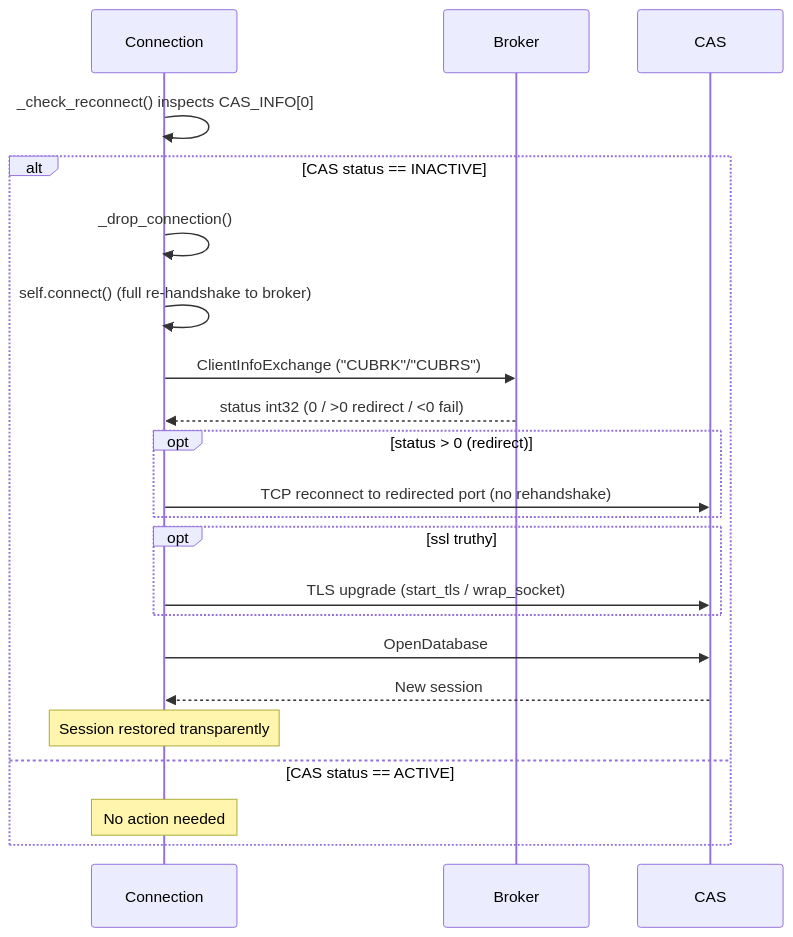
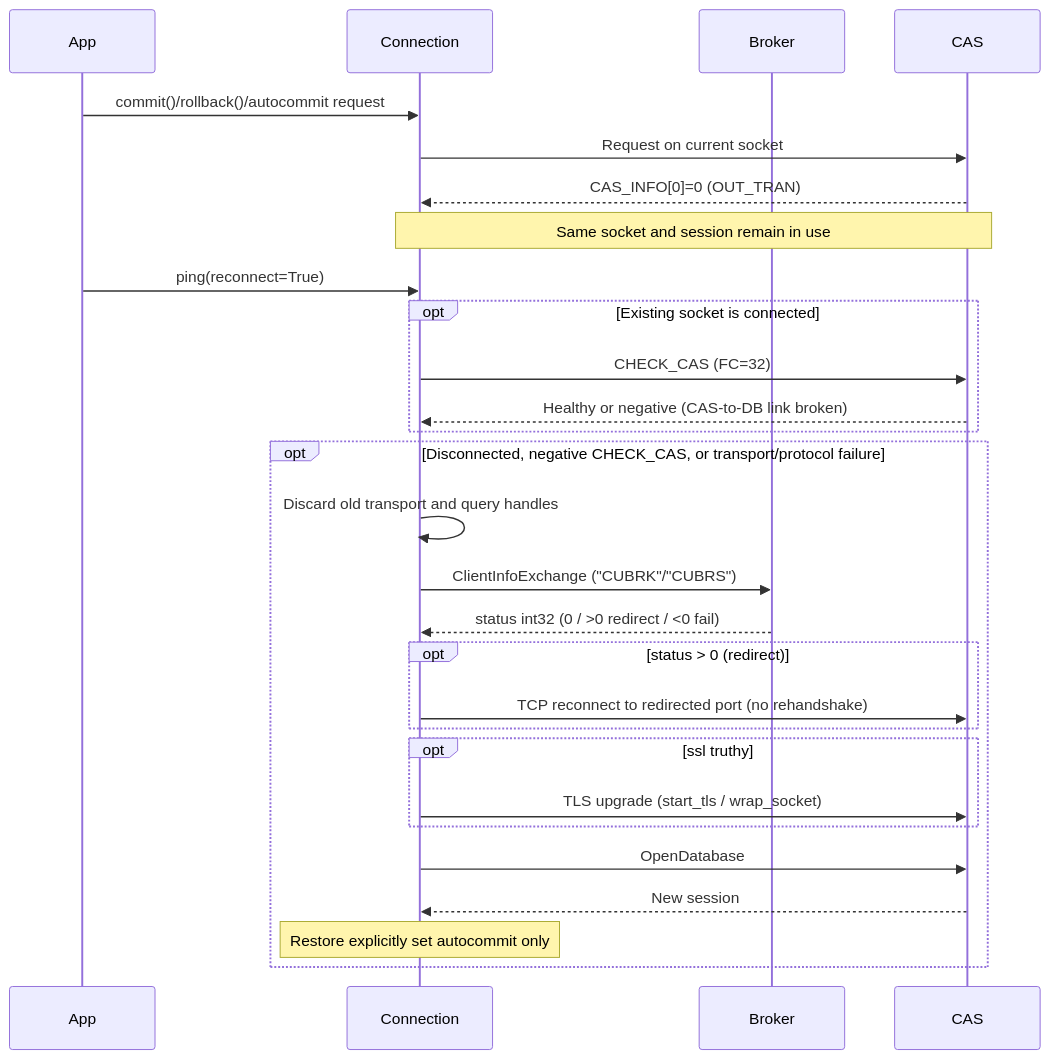
The third of 5 diagrams in docs/ARCHITECTURE.md (cubrid-lab/pycubrid), drawn with Mermaid before and after one commit. The commit also changed other lines of this file and 29 other files, not shown here.

````diff
--- a/docs/ARCHITECTURE.md
+++ b/docs/ARCHITECTURE.md
@@ -87,25 +92,31 @@
 ```mermaid
 sequenceDiagram
+    participant App
     participant Connection
     participant Broker
     participant CAS
 
-    Connection->>Connection: _check_reconnect() inspects CAS_INFO[0]
-    alt CAS status == INACTIVE
-      Connection->>Connection: _drop_connection()
-      Connection->>Connection: self.connect() (full re-handshake to broker)
+    App->>Connection: commit()/rollback()/autocommit request
+    Connection->>CAS: Request on current socket
+    CAS-->>Connection: CAS_INFO[0]=0 (OUT_TRAN)
+    note over Connection,CAS: Same socket and session remain in use
+    App->>Connection: ping(reconnect=True)
+    opt Existing socket is connected
+      Connection->>CAS: CHECK_CAS (FC=32)
+      CAS-->>Connection: Healthy or negative (CAS-to-DB link broken)
+    end
+    opt Disconnected, negative CHECK_CAS, or transport/protocol failure
+      Connection->>Connection: Discard old transport and query handles
       Connection->>Broker: ClientInfoExchange ("CUBRK"/"CUBRS")
       Broker-->>Connection: status int32 (0 / >0 redirect / <0 fail)
       opt status > 0 (redirect)
         Connection->>CAS: TCP reconnect to redirected port (no rehandshake)
       end
       opt ssl truthy
         Connection->>CAS: TLS upgrade (start_tls / wrap_socket)
       end
       Connection->>CAS: OpenDatabase
       CAS-->>Connection: New session
-      note over Connection: Session restored transparently
-    else CAS status == ACTIVE
-      note over Connection: No action needed
+      note over Connection: Restore explicitly set autocommit only
     end
 ```
````
